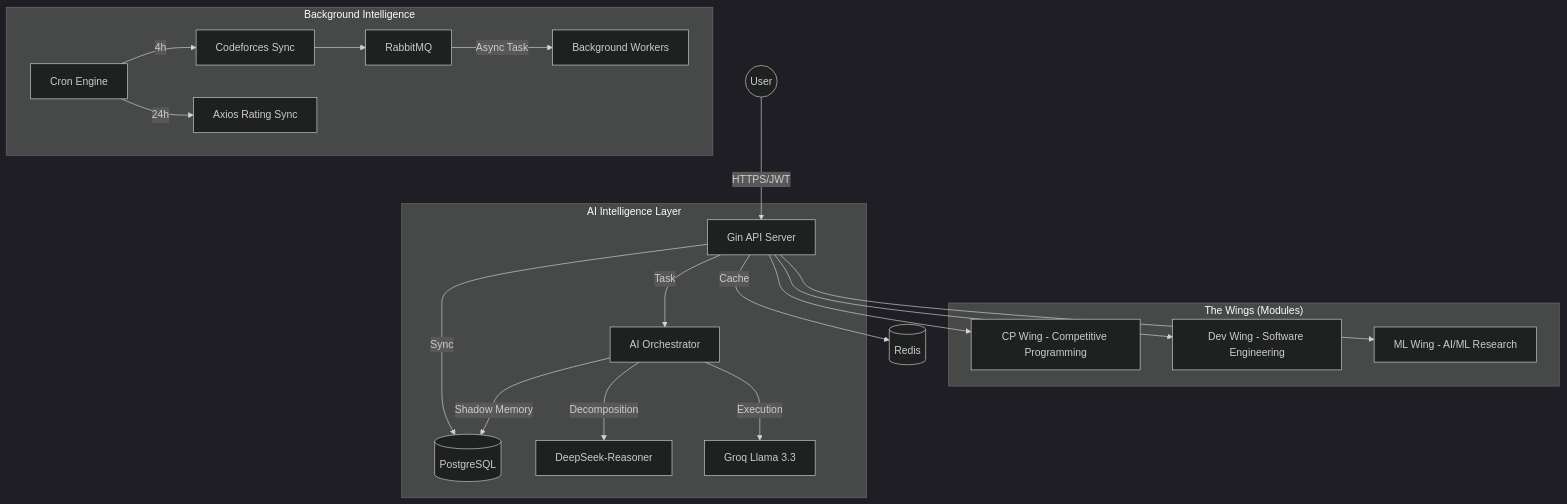
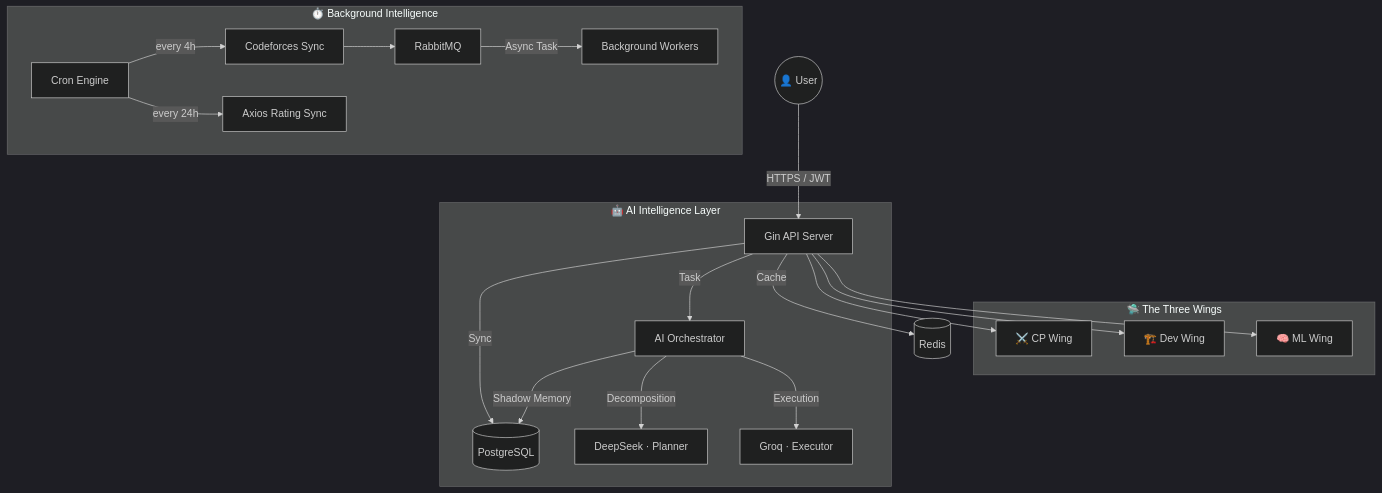
The second of 4 diagrams in README.md (arhamxfarooqui/AXIOS-GO), drawn with Mermaid (dark theme) before and after one commit. The commit also changed other lines of this file, not shown here.

````diff
--- a/README.md
+++ b/README.md
@@ -51,30 +137,30 @@
 ```mermaid
 graph TD
-    User((User)) -->|HTTPS/JWT| Gin[Gin API Server]
+    User((👤 User)) -->|HTTPS / JWT| Gin[Gin API Server]
     Gin -->|Sync| DB[(PostgreSQL)]
     Gin -->|Cache| Redis[(Redis)]
-    
-    subgraph "The Wings (Modules)"
-        CP[CP Wing - Competitive Programming]
-        Dev[Dev Wing - Software Engineering]
-        ML[ML Wing - AI/ML Research]
+
+    subgraph "🛸 The Three Wings"
+        CP[⚔️ CP Wing]
+        Dev[🏗️ Dev Wing]
+        ML[🧠 ML Wing]
     end
-    
+
     Gin --> CP
     Gin --> Dev
     Gin --> ML
 
-    subgraph "Background Intelligence"
-        Cron[Cron Engine] -->|4h| CF_Sync[Codeforces Sync]
-        Cron -->|24h| Rating_Sync[Axios Rating Sync]
+    subgraph "⏱️ Background Intelligence"
+        Cron[Cron Engine] -->|every 4h| CF_Sync[Codeforces Sync]
+        Cron -->|every 24h| Rating_Sync[Axios Rating Sync]
         RMQ[RabbitMQ] -->|Async Task| Worker[Background Workers]
         CF_Sync --> RMQ
     end
 
-    subgraph "AI Intelligence Layer"
+    subgraph "🤖 AI Intelligence Layer"
         Gin -->|Task| Orch[AI Orchestrator]
         Orch -->|Shadow Memory| DB
-        Orch -->|Decomposition| DeepSeek[DeepSeek-Reasoner]
-        Orch -->|Execution| Groq[Groq Llama 3.3]
+        Orch -->|Decomposition| DeepSeek[DeepSeek · Planner]
+        Orch -->|Execution| Groq[Groq · Executor]
     end
 ```
````
